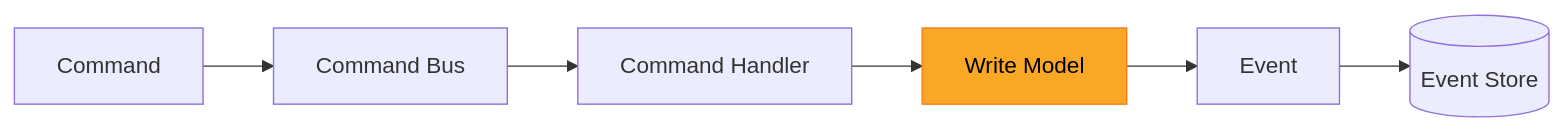
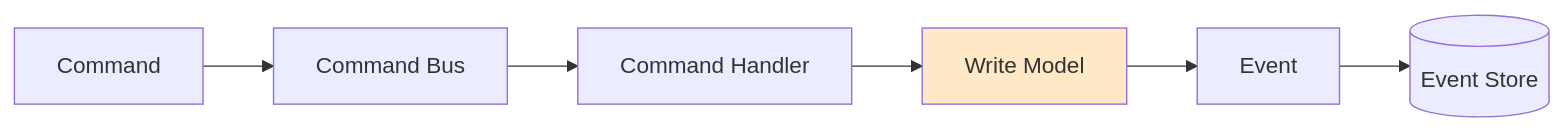
The diagram in mkdocs/docs/blog/posts/2026/2026-04-13-the-write-model/index.md (open-cqrs/opencqrs), drawn with Mermaid before and after one commit. The commit also changed 5 other files, not shown here.

````diff
--- a/mkdocs/docs/blog/posts/2026/2026-04-13-the-write-model/index.md
+++ b/mkdocs/docs/blog/posts/2026/2026-04-13-the-write-model/index.md
@@ -123,10 +123,10 @@
 ```mermaid
 flowchart LR
     C[Command] --> CB[Command Bus]
     CB --> CH[Command Handler]
     CH --> WM[Write Model]
     WM --> E[Event]
     E --> ES[(Event Store)]
 
-    style WM fill:#f9a825,stroke:#f57f17,color:#000
+    style WM fill:#f9a82543
 ```
````
